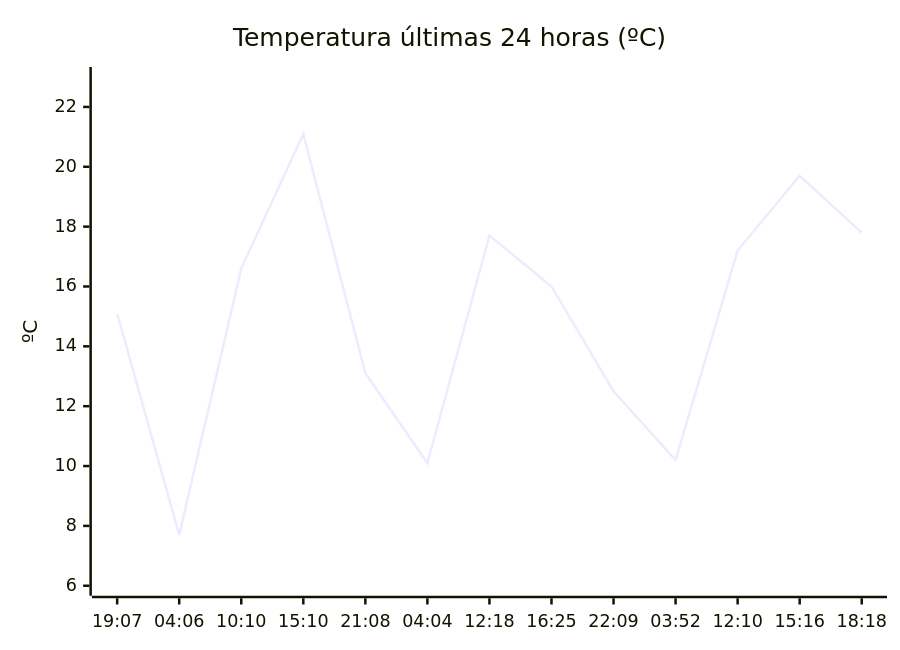
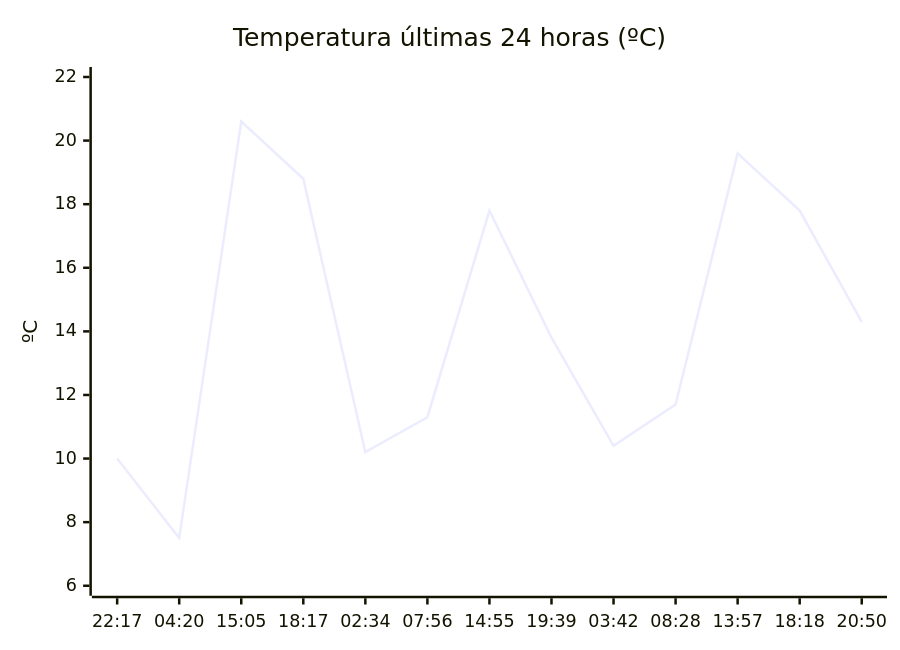
The diagram in README.md (solidsnk86/rem-scrap), drawn with Mermaid before and after one commit. The commit also changed other lines of this file, not shown here.

````diff
--- a/README.md
+++ b/README.md
@@ -32,7 +32,7 @@
 ```mermaid
 xychart-beta
     title "Temperatura últimas 24 horas (ºC)"
-    x-axis ["19:07", "04:06", "10:10", "15:10", "21:08", "04:04", "12:18", "16:25", "22:09", "03:52", "12:10", "15:16", "18:18"]
-    y-axis "ºC" 6 --> 23
-    line [15.1, 7.7, 16.6, 21.1, 13.1, 10.1, 17.7, 16, 12.5, 10.2, 17.2, 19.7, 17.8]
+    x-axis ["22:17", "04:20", "15:05", "18:17", "02:34", "07:56", "14:55", "19:39", "03:42", "08:28", "13:57", "18:18", "20:50"]
+    y-axis "ºC" 6 --> 22
+    line [10, 7.5, 20.6, 18.8, 10.2, 11.3, 17.8, 13.8, 10.4, 11.7, 19.6, 17.8, 14.3]
 ```
````
